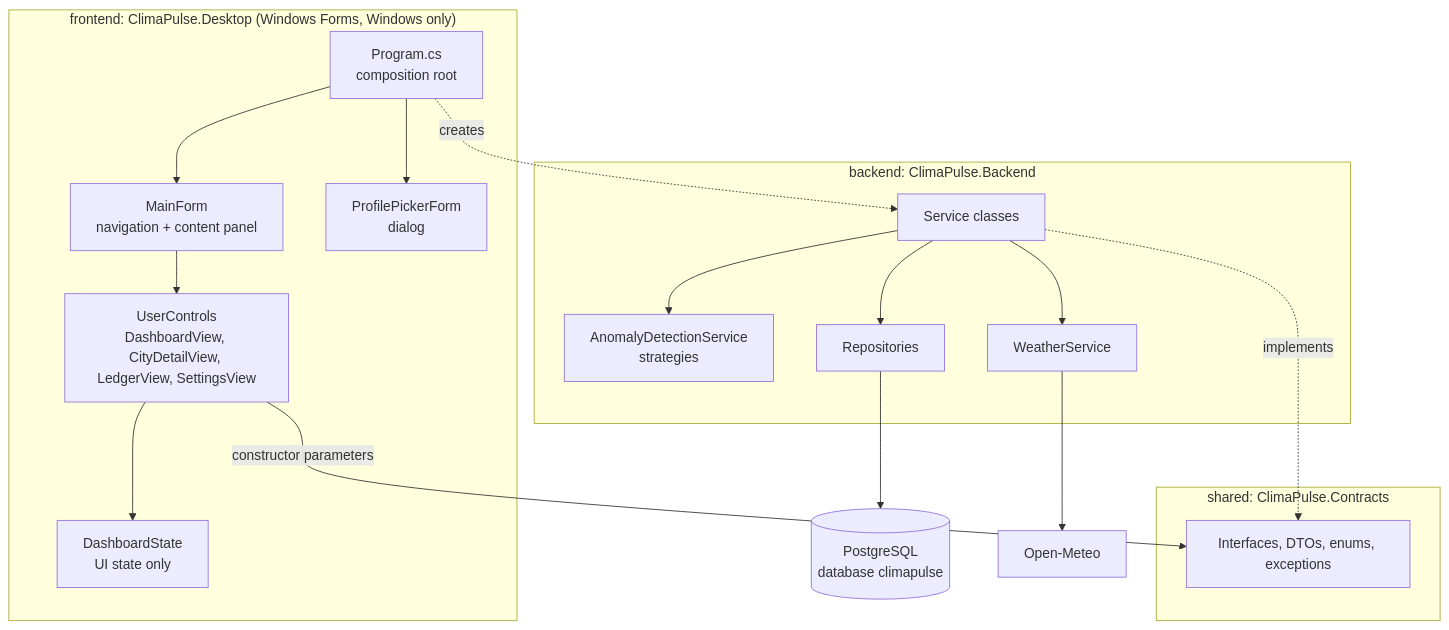
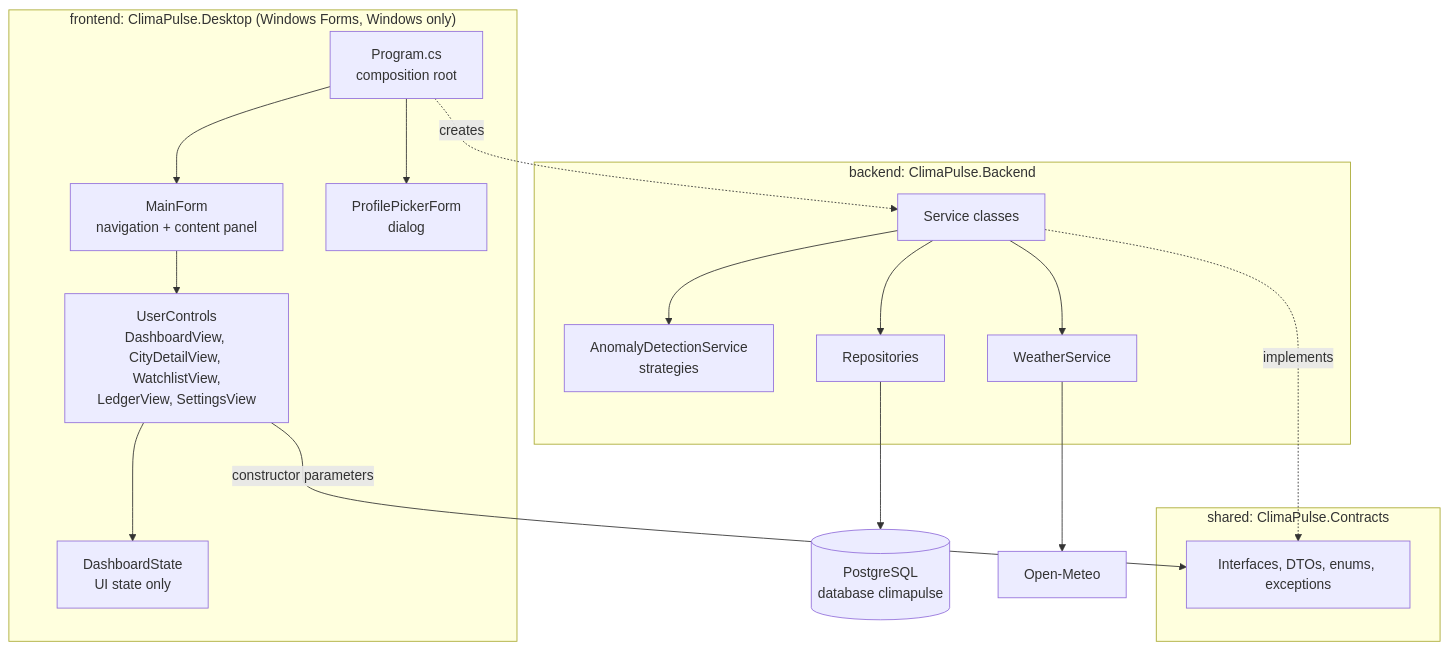
The diagram in docs/references-desktop-architecture.md (Nalen518/Junior-Project), drawn with Mermaid before and after one commit. The commit also changed other lines of this file and 2 other files, not shown here.

````diff
--- a/docs/references-desktop-architecture.md
+++ b/docs/references-desktop-architecture.md
@@ -54,22 +54,22 @@
 ```mermaid
 flowchart TB
     subgraph Desktop["frontend: ClimaPulse.Desktop (Windows Forms, Windows only)"]
         CR[Program.cs<br/>composition root] --> MF[MainForm<br/>navigation + content panel]
-        MF --> V[UserControls<br/>DashboardView, CityDetailView, LedgerView, SettingsView]
+        MF --> V[UserControls<br/>DashboardView, CityDetailView, WatchlistView,<br/>LedgerView, SettingsView]
         CR --> PP[ProfilePickerForm<br/>dialog]
         V --> S[DashboardState<br/>UI state only]
     end
     subgraph Shared["shared: ClimaPulse.Contracts"]
         I[Interfaces, DTOs, enums, exceptions]
     end
     subgraph Backend["backend: ClimaPulse.Backend"]
         SV[Service classes] --> E[AnomalyDetectionService<br/>strategies]
         SV --> RP[Repositories]
         SV --> WS[WeatherService]
     end
     V -->|constructor parameters| I
     SV -.implements.-> I
     CR -.creates.-> SV
     RP --> DB[(PostgreSQL<br/>database climapulse)]
     WS --> OM[Open-Meteo]
 ```
````
